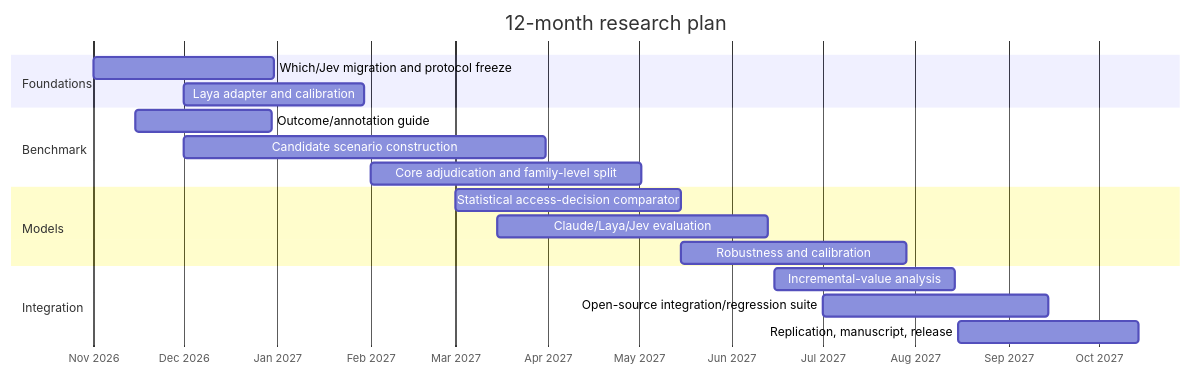
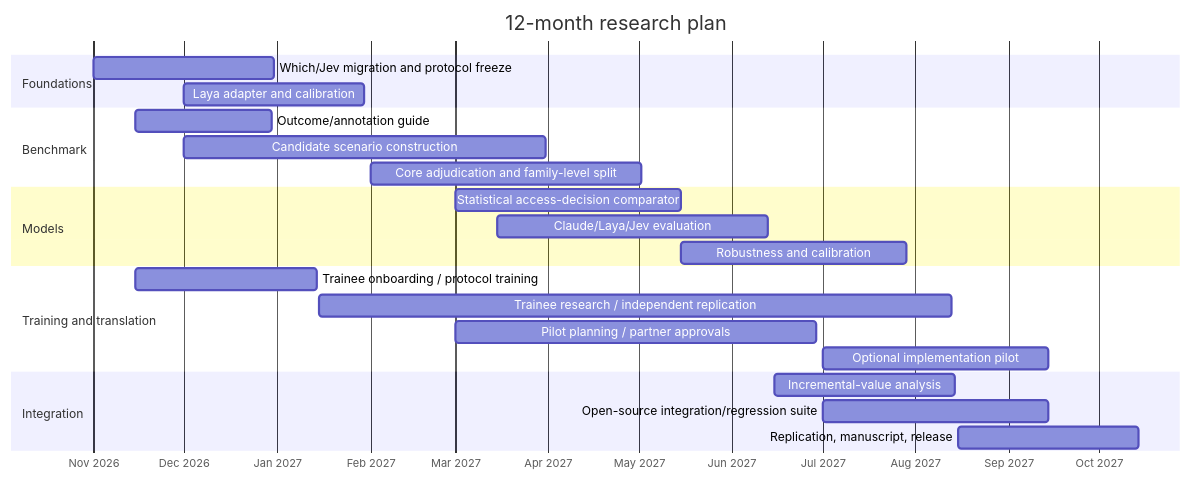
The fifth of 6 diagrams in docs/grants/2026-09-dsi-anthropic-ai-privacy-firewall-proposal.md (lennon-li/which), drawn with Mermaid before and after one commit. The commit also changed other lines of this file, not shown here.

Commit message:
docs: strengthen trainee, publication, and pilot translation plan

```diff
--- a/docs/grants/2026-09-dsi-anthropic-ai-privacy-firewall-proposal.md
+++ b/docs/grants/2026-09-dsi-anthropic-ai-privacy-firewall-proposal.md
@@ -527,25 +530,31 @@
 ~~~mermaid
 gantt
     title 12-month research plan
     dateFormat  YYYY-MM-DD
     axisFormat  %b %Y
 
     section Foundations
     Which/Jev migration and protocol freeze     :a1, 2026-11-01, 60d
     Laya adapter and calibration                :a2, 2026-12-01, 60d
 
     section Benchmark
     Outcome/annotation guide                    :b1, 2026-11-15, 45d
     Candidate scenario construction             :b2, 2026-12-01, 120d
     Core adjudication and family-level split    :b3, 2027-02-01, 90d
 
     section Models
     Statistical access-decision comparator      :c1, 2027-03-01, 75d
     Claude/Laya/Jev evaluation                  :c2, 2027-03-15, 90d
     Robustness and calibration                  :c3, 2027-05-15, 75d
 
+    section Training and translation
+    Trainee onboarding / protocol training      :e1, 2026-11-15, 60d
+    Trainee research / independent replication  :e2, 2027-01-15, 210d
+    Pilot planning / partner approvals          :e3, 2027-03-01, 120d
+    Optional implementation pilot               :e4, 2027-07-01, 75d
+
     section Integration
     Incremental-value analysis                  :d1, 2027-06-15, 60d
     Open-source integration/regression suite    :d2, 2027-07-01, 75d
     Replication, manuscript, release            :d3, 2027-08-15, 60d
 ~~~
```
